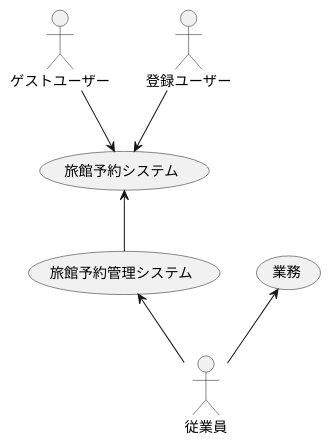
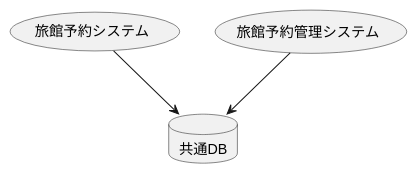
One commit to paterapatera/ryokan-reservation changed the first of 3 diagrams in README.md. Above: the diagram before and after it, drawn with PlantUML.

Commit message:
コンテキストマップ修正

````diff
--- a/README.md
+++ b/README.md
@@ -5,17 +5,11 @@
 ```plantuml
 @startuml
-  actor "ゲストユーザー" as guestUser
-  actor "登録ユーザー" as registeredUser
-  actor "従業員" as employee
-  usecase "旅館予約システム" as system
-  usecase "旅館予約管理システム" as systemAdmin
-  usecase "業務" as work
+  usecase  "旅館予約システム" as mainSys
+  usecase  "旅館予約管理システム" as adminSys
+  database "共通DB" as db
 
   '---------------------------------------
-  guestUser --> system
-  registeredUser --> system
-  system <-- systemAdmin
-  systemAdmin <-- employee
-  work <-- employee
+  mainSys --> db
+  adminSys --> db
 @enduml
 ```
````
